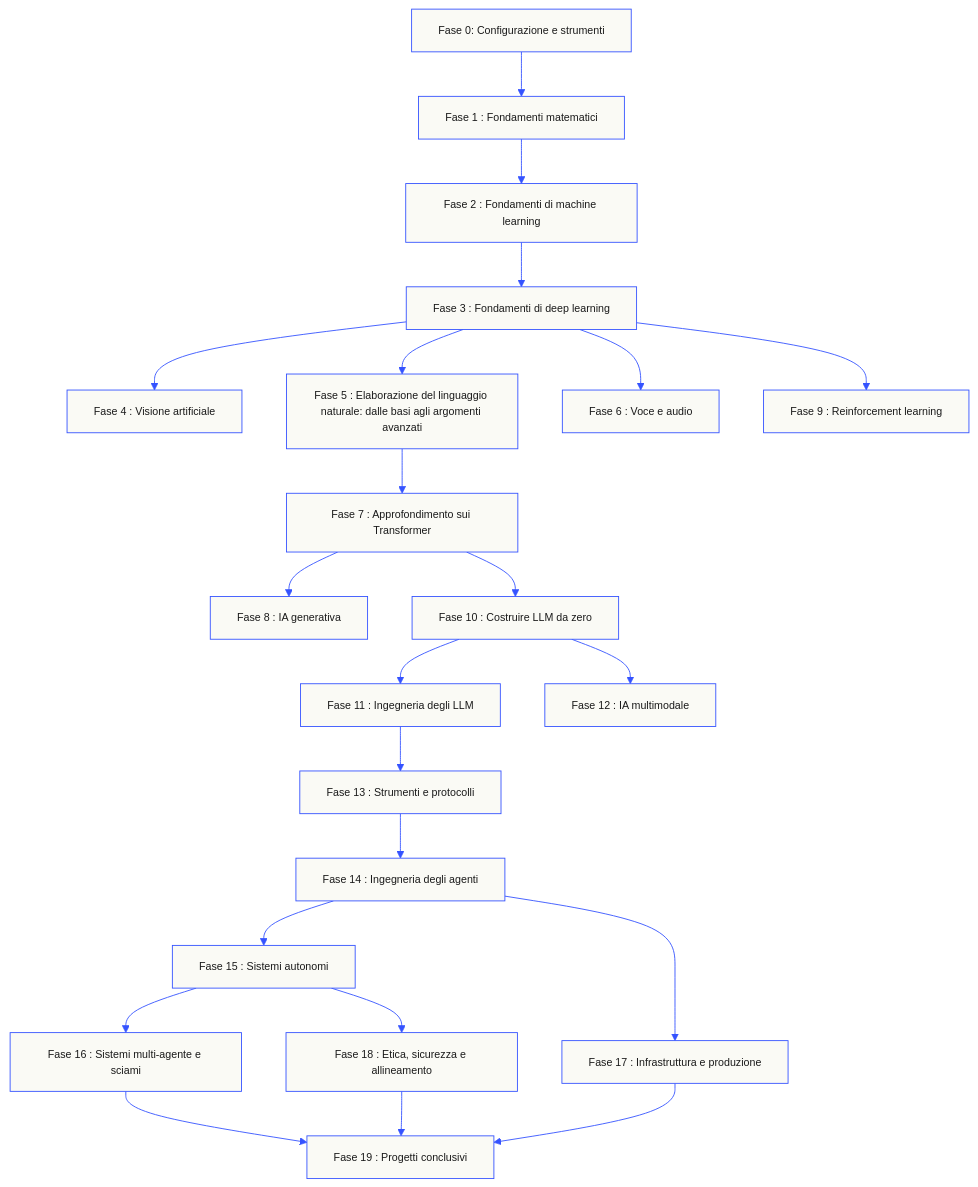
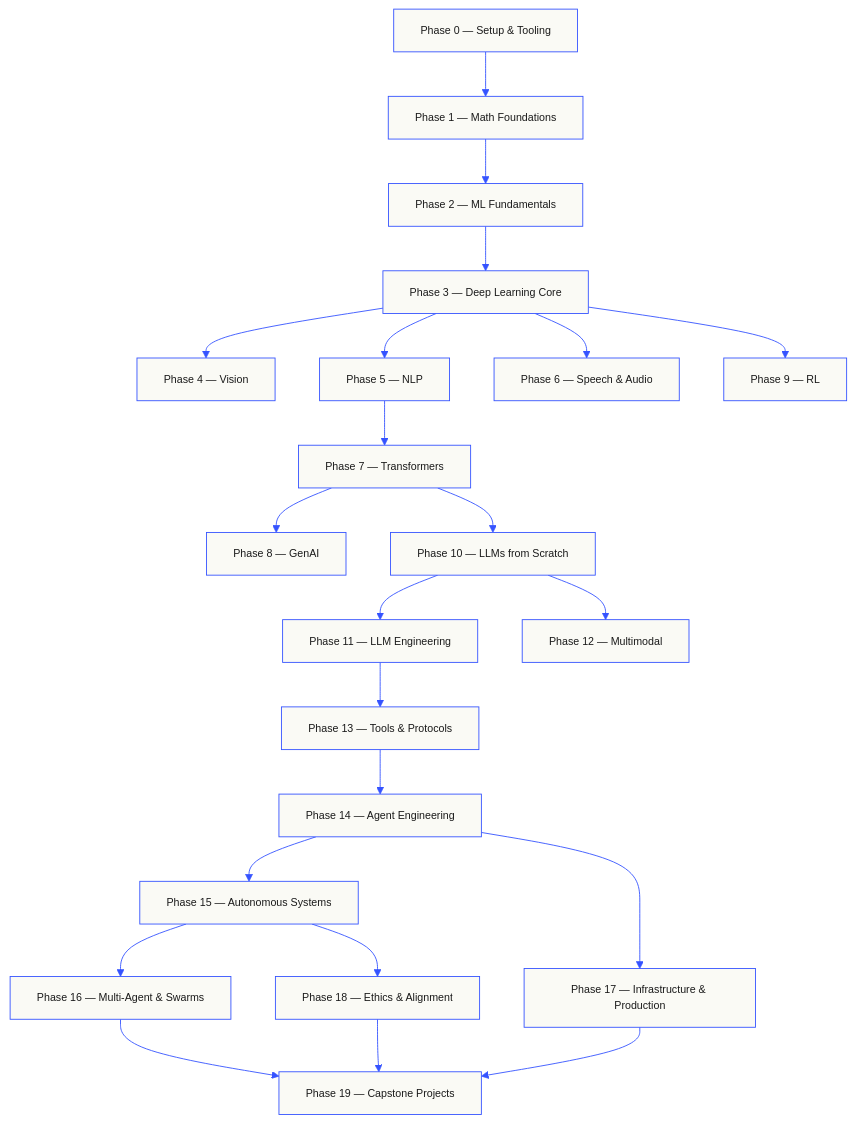
Before and after one commit to AshfaqAIML/ai-engineering-from-scratch: the first of 2 diagrams in i18n/it/README.md, drawn with Mermaid. The commit also changed other lines of this file and 12 other files, not shown here.

````diff
--- a/i18n/it/README.md
+++ b/i18n/it/README.md
@@ -303,25 +187,25 @@
 ```mermaid
 %%{init: {'theme':'base','themeVariables':{'primaryColor':'#fafaf5','primaryTextColor':'#1a1a1a','primaryBorderColor':'#3553ff','lineColor':'#3553ff','fontFamily':'JetBrains Mono','fontSize':'12px'}}}%%
 flowchart TB
-  P0["Fase 0: Configurazione e strumenti"] --> P1["Fase 1 : Fondamenti matematici"]
-  P1 --> P2["Fase 2 : Fondamenti di machine learning"]
-  P2 --> P3["Fase 3 : Fondamenti di deep learning"]
-  P3 --> P4["Fase 4 : Visione artificiale"]
-  P3 --> P5["Fase 5 : Elaborazione del linguaggio naturale: dalle basi agli argomenti avanzati"]
-  P3 --> P6["Fase 6 : Voce e audio"]
-  P3 --> P9["Fase 9 : Reinforcement learning"]
-  P5 --> P7["Fase 7 : Approfondimento sui Transformer"]
-  P7 --> P8["Fase 8 : IA generativa"]
-  P7 --> P10["Fase 10 : Costruire LLM da zero"]
-  P10 --> P11["Fase 11 : Ingegneria degli LLM"]
-  P10 --> P12["Fase 12 : IA multimodale"]
-  P11 --> P13["Fase 13 : Strumenti e protocolli"]
-  P13 --> P14["Fase 14 : Ingegneria degli agenti"]
-  P14 --> P15["Fase 15 : Sistemi autonomi"]
-  P15 --> P16["Fase 16 : Sistemi multi-agente e sciami"]
-  P14 --> P17["Fase 17 : Infrastruttura e produzione"]
-  P15 --> P18["Fase 18 : Etica, sicurezza e allineamento"]
-  P16 --> P19["Fase 19 : Progetti conclusivi"]
+  P0["Phase 0 — Setup &amp; Tooling"] --> P1["Phase 1 — Math Foundations"]
+  P1 --> P2["Phase 2 — ML Fundamentals"]
+  P2 --> P3["Phase 3 — Deep Learning Core"]
+  P3 --> P4["Phase 4 — Vision"]
+  P3 --> P5["Phase 5 — NLP"]
+  P3 --> P6["Phase 6 — Speech &amp; Audio"]
+  P3 --> P9["Phase 9 — RL"]
+  P5 --> P7["Phase 7 — Transformers"]
+  P7 --> P8["Phase 8 — GenAI"]
+  P7 --> P10["Phase 10 — LLMs from Scratch"]
+  P10 --> P11["Phase 11 — LLM Engineering"]
+  P10 --> P12["Phase 12 — Multimodal"]
+  P11 --> P13["Phase 13 — Tools &amp; Protocols"]
+  P13 --> P14["Phase 14 — Agent Engineering"]
+  P14 --> P15["Phase 15 — Autonomous Systems"]
+  P15 --> P16["Phase 16 — Multi-Agent &amp; Swarms"]
+  P14 --> P17["Phase 17 — Infrastructure &amp; Production"]
+  P15 --> P18["Phase 18 — Ethics &amp; Alignment"]
+  P16 --> P19["Phase 19 — Capstone Projects"]
   P17 --> P19
   P18 --> P19
 ```
````
